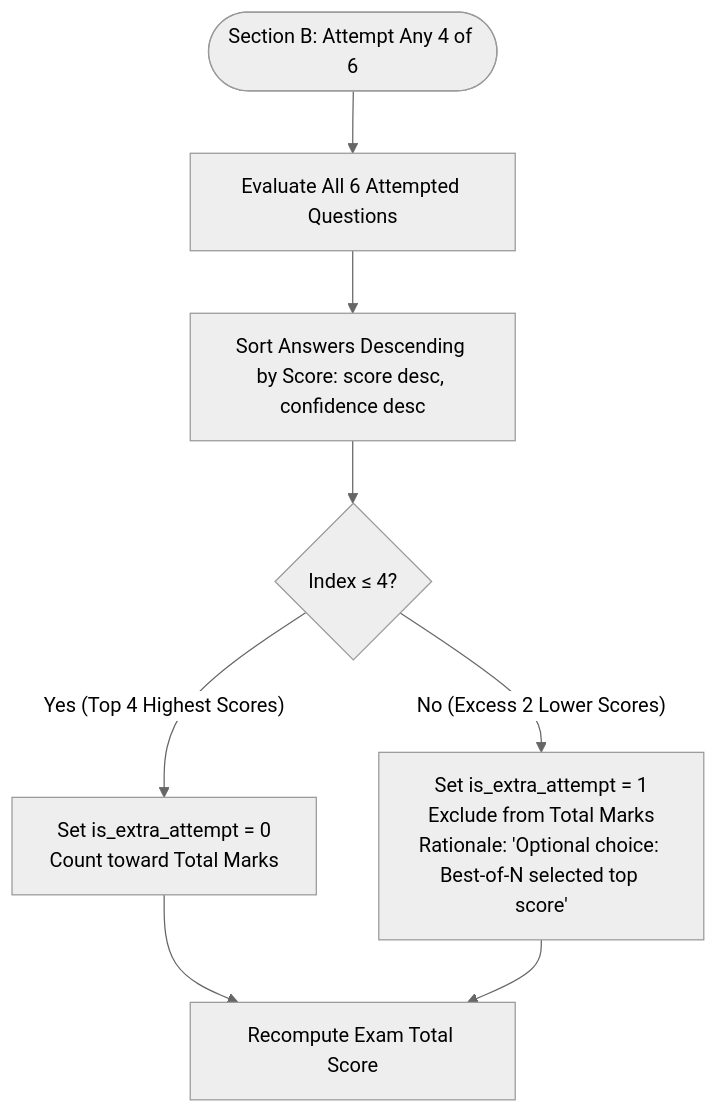
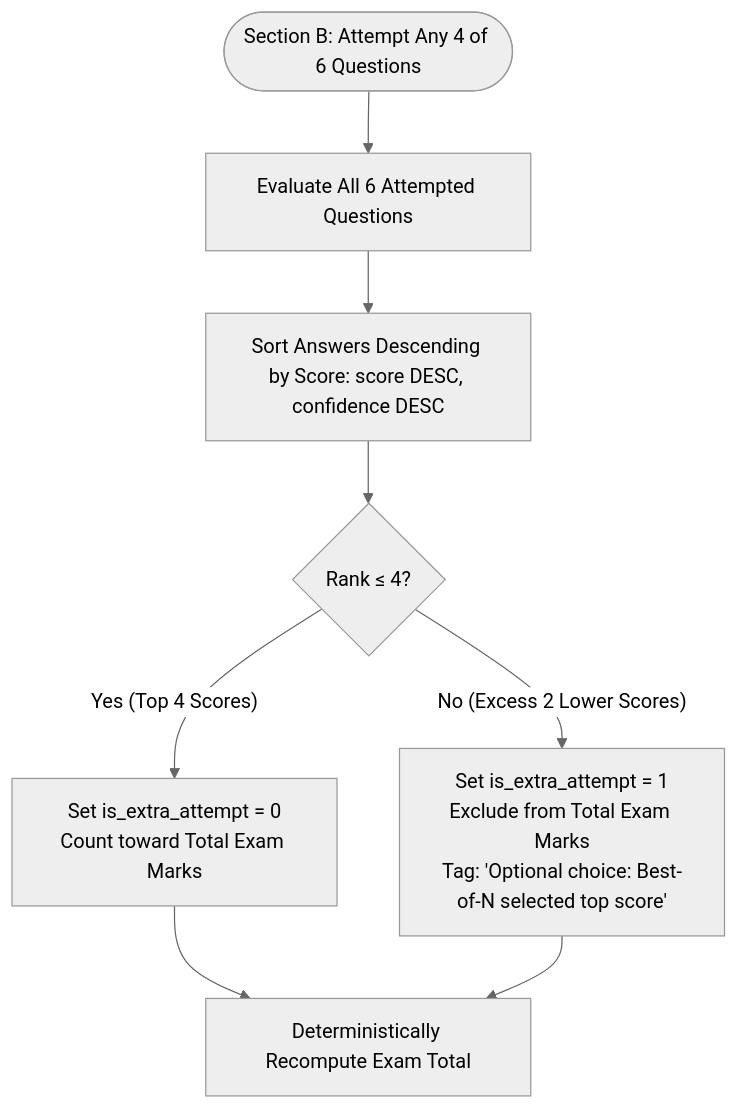
One commit to T4RuN05/papergrade.ai changed the third of 5 diagrams in README.md. Above: the diagram before and after it, drawn with Mermaid (neutral theme). The commit also changed other lines of this file, not shown here.

Commit message:
docs(architecture): rewrite README.md to reflect current production architecture and operational invariants

````diff
--- a/README.md
+++ b/README.md
@@ -1164,12 +641,10 @@
 ```mermaid
 flowchart TD
-    Start(["Section B: Attempt Any 4 of 6"]) --> GradeAll["Evaluate All 6 Attempted Questions"]
-    GradeAll --> SortDesc["Sort Answers Descending by Score: score desc, confidence desc"]
-    
-    SortDesc --> SplitTop{"Index &le; 4?"}
-    SplitTop -->|"Yes (Top 4 Highest Scores)"| MarkValid["Set is_extra_attempt = 0<br/>Count toward Total Marks"]
-    SplitTop -->|"No (Excess 2 Lower Scores)"| MarkExtra["Set is_extra_attempt = 1<br/>Exclude from Total Marks<br/>Rationale: 'Optional choice: Best-of-N selected top score'"]
-    
-    MarkValid --> RecomputeExamTotal["Recompute Exam Total Score"]
-    MarkExtra --> RecomputeExamTotal
+    Start(["Section B: Attempt Any 4 of 6 Questions"]) --> GradeAll["Evaluate All 6 Attempted Questions"]
+    GradeAll --> SortDesc["Sort Answers Descending by Score: score DESC, confidence DESC"]
+    SortDesc --> SplitTop{"Rank &le; 4?"}
+    SplitTop -->|"Yes (Top 4 Scores)"| KeepValid["Set is_extra_attempt = 0<br/>Count toward Total Exam Marks"]
+    SplitTop -->|"No (Excess 2 Lower Scores)"| FlagExtra["Set is_extra_attempt = 1<br/>Exclude from Total Exam Marks<br/>Tag: 'Optional choice: Best-of-N selected top score'"]
+    KeepValid --> SumTotals["Deterministically Recompute Exam Total"]
+    FlagExtra --> SumTotals
 ```
````
